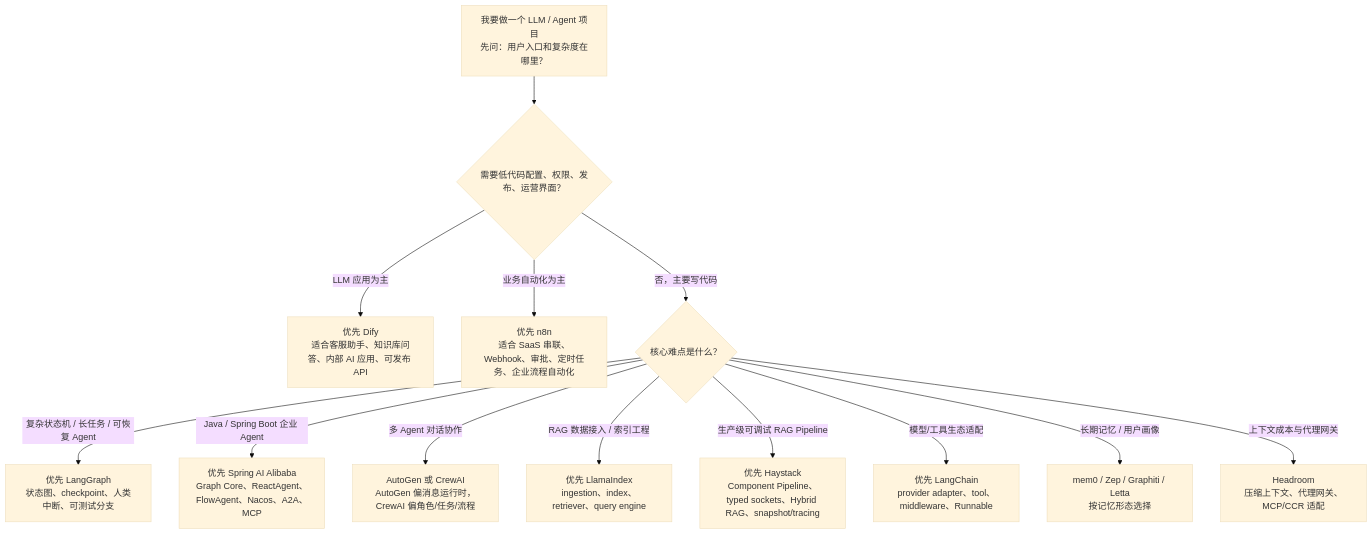
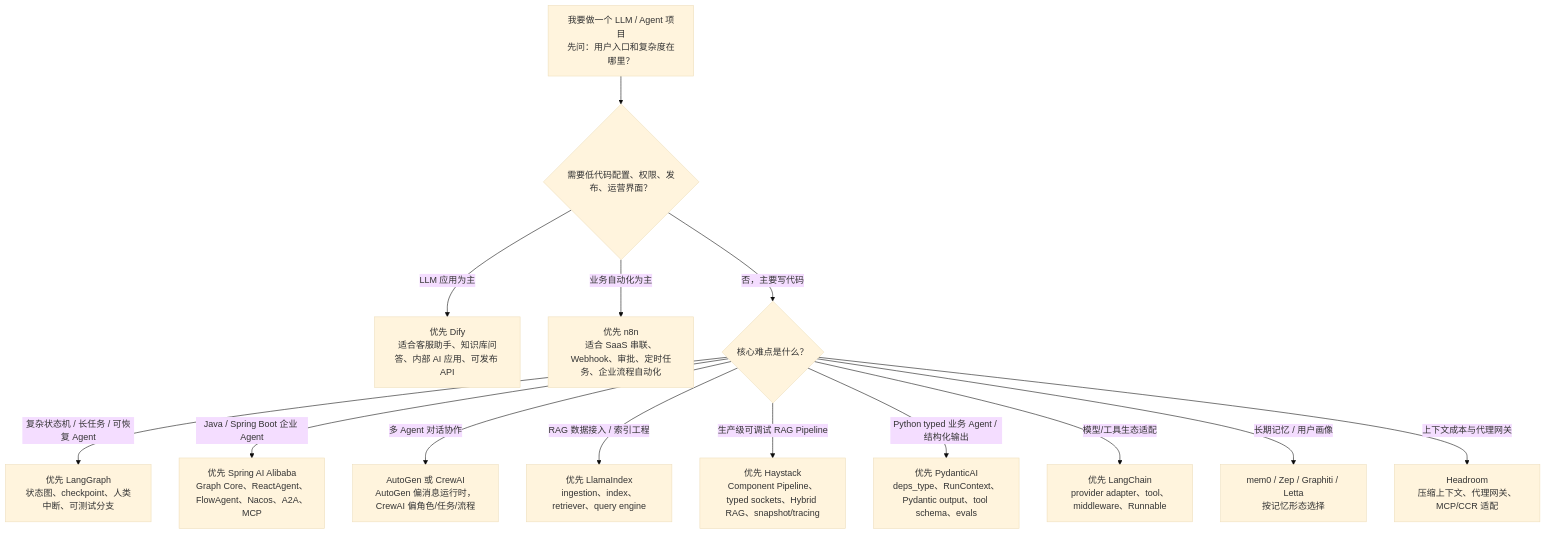
The second of 5 diagrams in docs/cross-framework-analysis/index.md (onlycaizhongwen/llm-framework-internals), drawn with Mermaid (base theme) before and after one commit. The commit also changed other lines of this file and 20 other files, not shown here.

````diff
--- a/docs/cross-framework-analysis/index.md
+++ b/docs/cross-framework-analysis/index.md
@@ -62,16 +64,17 @@
 ```mermaid
 flowchart TB
     Start["我要做一个 LLM / Agent 项目<br/>先问：用户入口和复杂度在哪里？"]
     Start --> Product{"需要低代码配置、权限、发布、运营界面？"}
     Product -->|"LLM 应用为主"| Dify["优先 Dify<br/>适合客服助手、知识库问答、内部 AI 应用、可发布 API"]
     Product -->|"业务自动化为主"| N8N["优先 n8n<br/>适合 SaaS 串联、Webhook、审批、定时任务、企业流程自动化"]
     Product -->|"否，主要写代码"| Code{"核心难点是什么？"}
     Code -->|"复杂状态机 / 长任务 / 可恢复 Agent"| LangGraph["优先 LangGraph<br/>状态图、checkpoint、人类中断、可测试分支"]
     Code -->|"Java / Spring Boot 企业 Agent"| SpringAIAlibaba["优先 Spring AI Alibaba<br/>Graph Core、ReactAgent、FlowAgent、Nacos、A2A、MCP"]
     Code -->|"多 Agent 对话协作"| AutoCrew["AutoGen 或 CrewAI<br/>AutoGen 偏消息运行时，CrewAI 偏角色/任务/流程"]
     Code -->|"RAG 数据接入 / 索引工程"| Llama["优先 LlamaIndex<br/>ingestion、index、retriever、query engine"]
     Code -->|"生产级可调试 RAG Pipeline"| Haystack["优先 Haystack<br/>Component Pipeline、typed sockets、Hybrid RAG、snapshot/tracing"]
+    Code -->|"Python typed 业务 Agent / 结构化输出"| PydanticAI["优先 PydanticAI<br/>deps_type、RunContext、Pydantic output、tool schema、evals"]
     Code -->|"模型/工具生态适配"| LangChain["优先 LangChain<br/>provider adapter、tool、middleware、Runnable"]
     Code -->|"长期记忆 / 用户画像"| Memory["mem0 / Zep / Graphiti / Letta<br/>按记忆形态选择"]
     Code -->|"上下文成本与代理网关"| Headroom["Headroom<br/>压缩上下文、代理网关、MCP/CCR 适配"]
 ```
````
